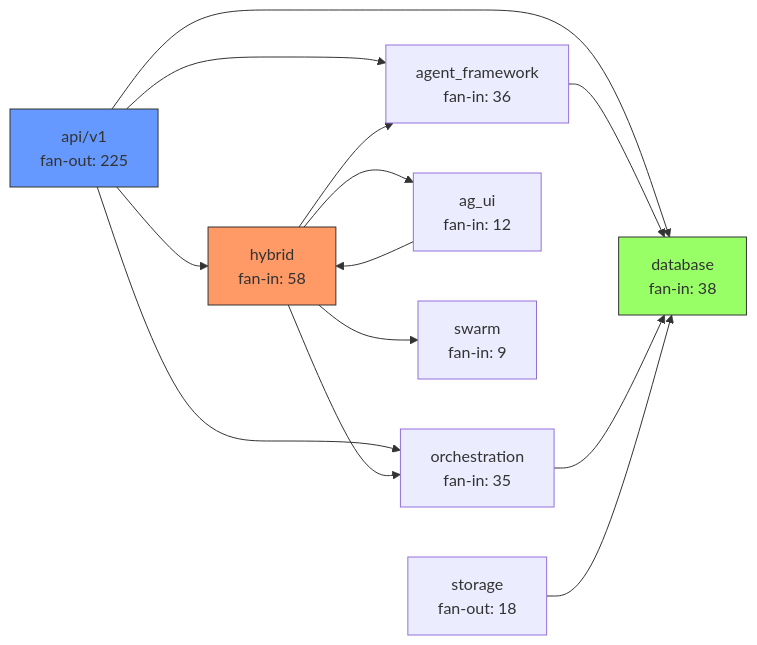
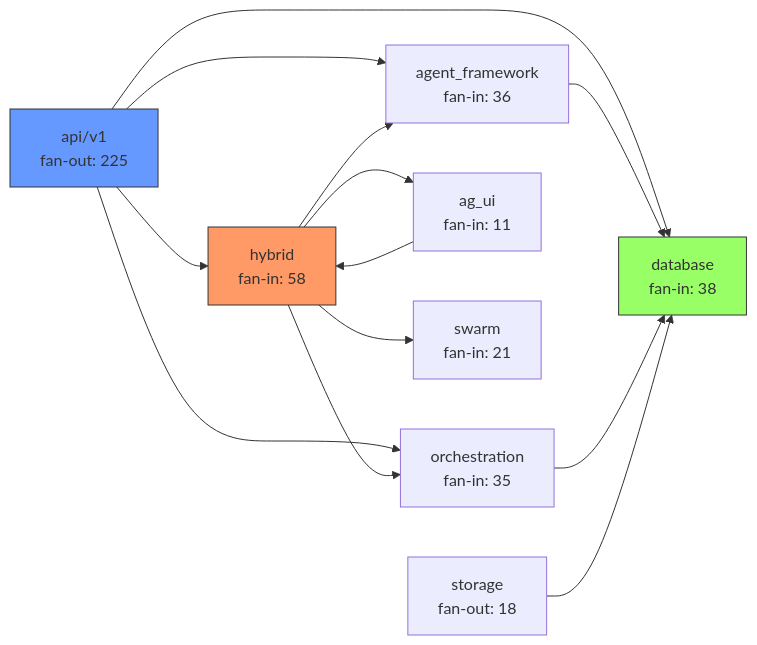
One commit to laitim2001/ai-semantic-kernel-framework-project changed the diagram in docs/07-analysis/V9/06-cross-cutting/cross-cutting-analysis.md. Above: the diagram before and after it, drawn with Mermaid. The commit also changed 7 other files, not shown here.

First line of the commit message:
docs(analysis): V9 Wave 91-96 deep convergence — cascade verified, L05/L10/L11/stats/mermaid/index

````diff
--- a/docs/07-analysis/V9/06-cross-cutting/cross-cutting-analysis.md
+++ b/docs/07-analysis/V9/06-cross-cutting/cross-cutting-analysis.md
@@ -23,18 +23,18 @@
 ```mermaid
 graph LR
     API["api/v1<br/>fan-out: 225"] --> HYBRID["hybrid<br/>fan-in: 58"]
     API --> AF["agent_framework<br/>fan-in: 36"]
     API --> ORCH["orchestration<br/>fan-in: 35"]
     API --> DB["database<br/>fan-in: 38"]
     HYBRID --> AF
     HYBRID --> ORCH
-    HYBRID --> AGUI["ag_ui<br/>fan-in: 12"]
-    HYBRID --> SWARM["swarm<br/>fan-in: 9"]
+    HYBRID --> AGUI["ag_ui<br/>fan-in: 11"]
+    HYBRID --> SWARM["swarm<br/>fan-in: 21"]
     AF --> DB
     ORCH --> DB
     STORAGE["storage<br/>fan-out: 18"] --> DB
     AGUI --> HYBRID
     style HYBRID fill:#f96,stroke:#333
     style API fill:#69f,stroke:#333
     style DB fill:#9f6,stroke:#333
 ```
````
